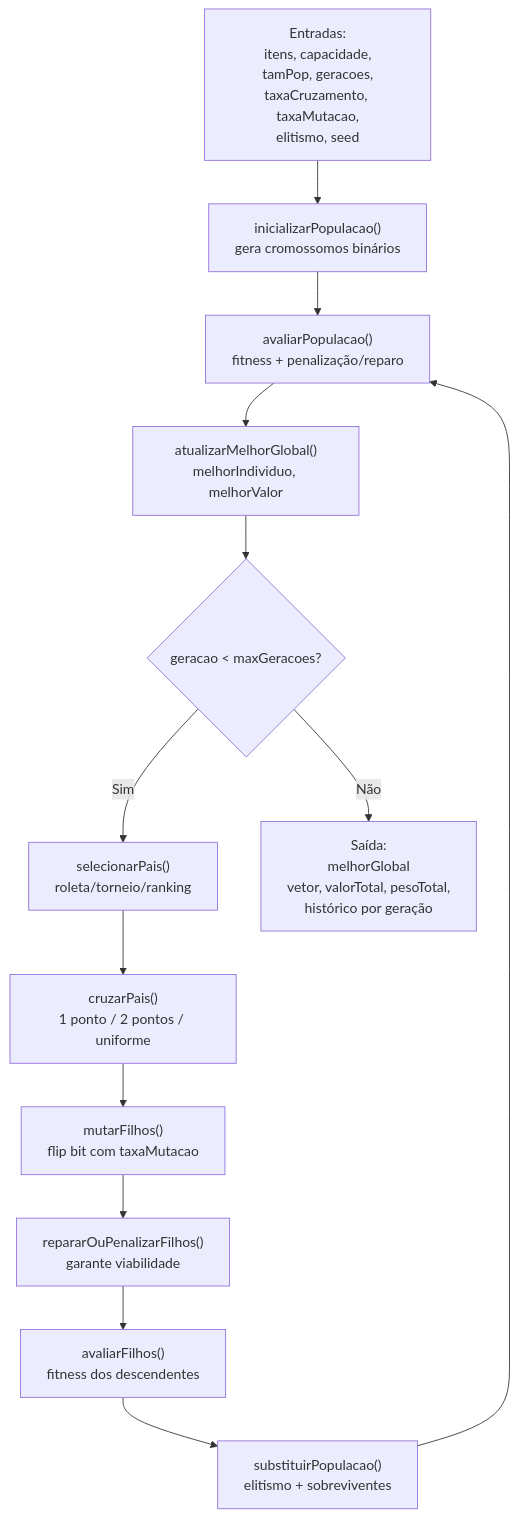
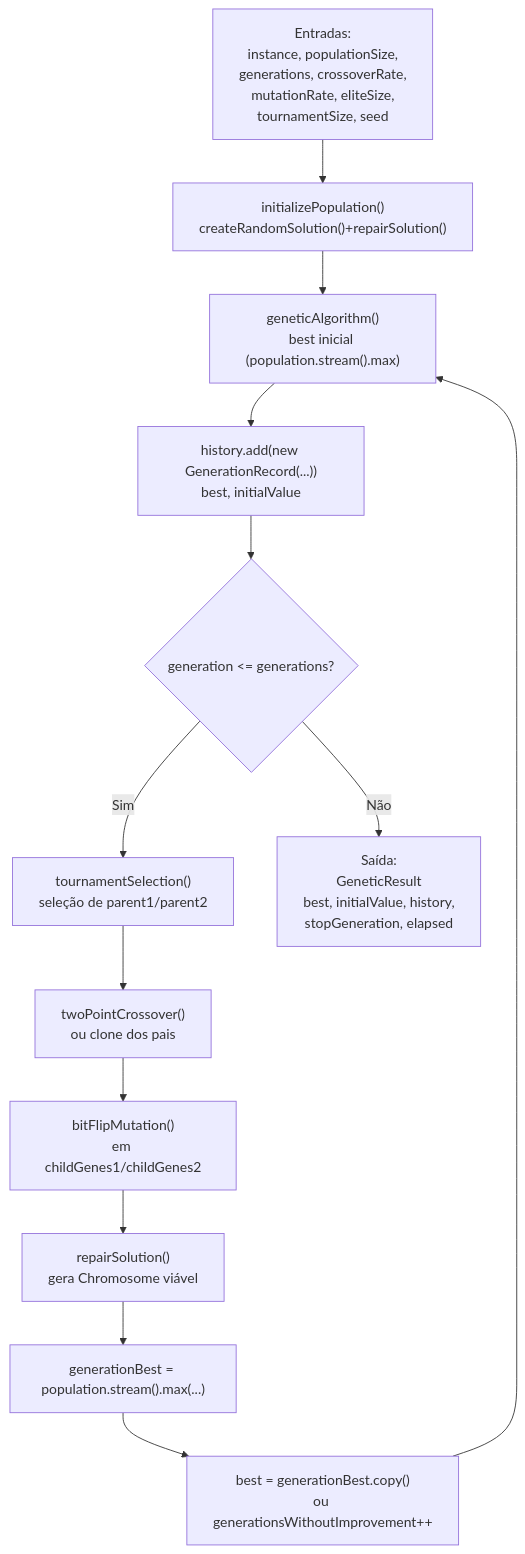
One commit to fernandoeduardolucas/ant changed the first of 4 diagrams in docs/tp/ant/Diagrama_Fluxo_Dados_ACO.md. Above: the diagram before and after it, drawn with Mermaid. The commit also changed other lines of this file, not shown here.

Commit message:
docs(metaheuristicas): alinhar GA e Tabu com métodos reais

````diff
--- a/docs/tp/ant/Diagrama_Fluxo_Dados_ACO.md
+++ b/docs/tp/ant/Diagrama_Fluxo_Dados_ACO.md
@@ -11,17 +11,17 @@
 ```mermaid
 flowchart TD
-    A["Entradas:<br/>itens, capacidade,<br/>tamPop, geracoes,<br/>taxaCruzamento, taxaMutacao,<br/>elitismo, seed"] --> B["inicializarPopulacao()<br/>gera cromossomos binários"]
-    B --> C["avaliarPopulacao()<br/>fitness + penalização/reparo"]
-    C --> D["atualizarMelhorGlobal()<br/>melhorIndividuo, melhorValor"]
+    A["Entradas:<br/>instance, populationSize,<br/>generations, crossoverRate,<br/>mutationRate, eliteSize,<br/>tournamentSize, seed"] --> B["initializePopulation()<br/>createRandomSolution()+repairSolution()"]
+    B --> C["geneticAlgorithm()<br/>best inicial (population.stream().max)"]
+    C --> D["history.add(new GenerationRecord(...))<br/>best, initialValue"]
 
-    D --> E{"geracao < maxGeracoes?"}
-    E -- Sim --> F["selecionarPais()<br/>roleta/torneio/ranking"]
-    F --> G["cruzarPais()<br/>1 ponto / 2 pontos / uniforme"]
-    G --> H["mutarFilhos()<br/>flip bit com taxaMutacao"]
-    H --> I["repararOuPenalizarFilhos()<br/>garante viabilidade"]
-    I --> J["avaliarFilhos()<br/>fitness dos descendentes"]
-    J --> K["substituirPopulacao()<br/>elitismo + sobreviventes"]
+    D --> E{"generation <= generations?"}
+    E -- Sim --> F["tournamentSelection()<br/>seleção de parent1/parent2"]
+    F --> G["twoPointCrossover()<br/>ou clone dos pais"]
+    G --> H["bitFlipMutation()<br/>em childGenes1/childGenes2"]
+    H --> I["repairSolution()<br/>gera Chromosome viável"]
+    I --> J["generationBest = population.stream().max(...)"]
+    J --> K["best = generationBest.copy()<br/>ou generationsWithoutImprovement++"]
     K --> C
 
-    E -- Não --> L["Saída:<br/>melhorGlobal<br/>vetor, valorTotal, pesoTotal,<br/>histórico por geração"]
+    E -- Não --> L["Saída:<br/>GeneticResult<br/>best, initialValue, history,<br/>stopGeneration, elapsed"]
 ```
````
